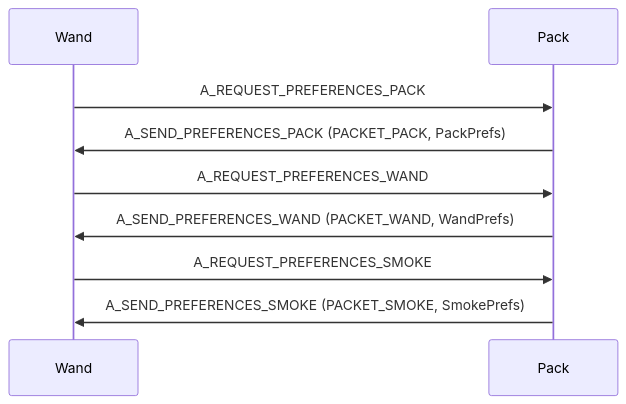
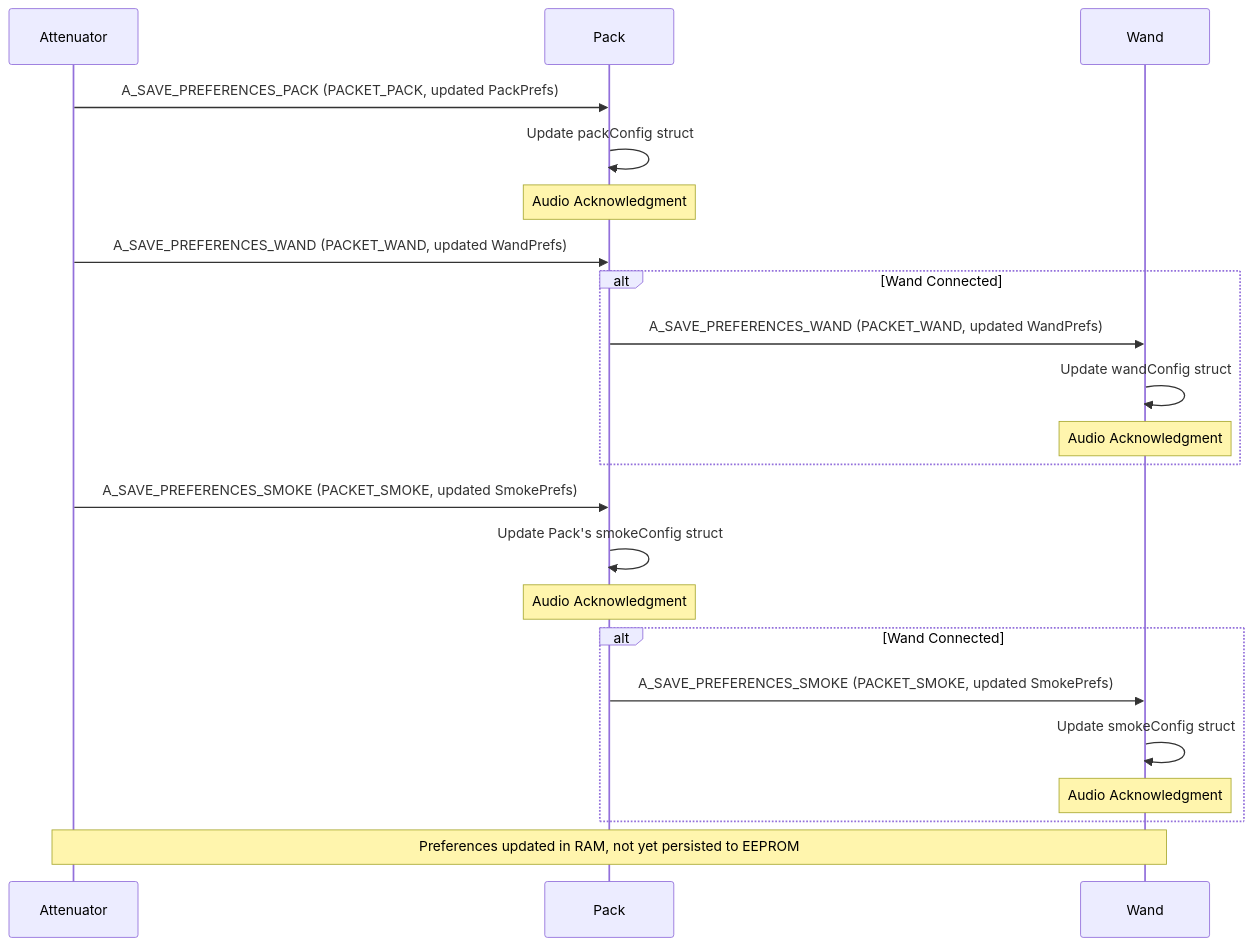
One commit to GPStarTechnologies/GPStar-Core-Source changed the fourth of 5 diagrams in source/SharedLib/Communication/API_SEQUENCES.md. Above: the diagram before and after it, drawn with Mermaid. The commit also changed other lines of this file and 30 other files, not shown here.

Commit message:
Update flows, reduce duplicated commands

````diff
--- a/source/SharedLib/Communication/API_SEQUENCES.md
+++ b/source/SharedLib/Communication/API_SEQUENCES.md
@@ -55,14 +83,28 @@
 ```mermaid
 sequenceDiagram
+		participant A as Attenuator
+		participant P as Pack
 		participant W as Wand
-		participant P as Pack
 
-		W->>P: A_REQUEST_PREFERENCES_PACK
-		P->>W: A_SEND_PREFERENCES_PACK (PACKET_PACK, PackPrefs)
+		A->>P: A_SAVE_PREFERENCES_PACK (PACKET_PACK, updated PackPrefs)
+		P->>P: Update packConfig struct
+		Note over P: Audio Acknowledgment
 
-		W->>P: A_REQUEST_PREFERENCES_WAND
-		P->>W: A_SEND_PREFERENCES_WAND (PACKET_WAND, WandPrefs)
+		A->>P: A_SAVE_PREFERENCES_WAND (PACKET_WAND, updated WandPrefs)
+		alt Wand Connected
+      P->>W: A_SAVE_PREFERENCES_WAND (PACKET_WAND, updated WandPrefs)
+      W->>W: Update wandConfig struct
+		  Note over W: Audio Acknowledgment
+    end
 
-		W->>P: A_REQUEST_PREFERENCES_SMOKE
-		P->>W: A_SEND_PREFERENCES_SMOKE (PACKET_SMOKE, SmokePrefs)
+		A->>P: A_SAVE_PREFERENCES_SMOKE (PACKET_SMOKE, updated SmokePrefs)
+    P->>P: Update Pack's smokeConfig struct
+    Note over P: Audio Acknowledgment
+		alt Wand Connected
+			P->>W: A_SAVE_PREFERENCES_SMOKE (PACKET_SMOKE, updated SmokePrefs)
+			W->>W: Update smokeConfig struct
+		  Note over W: Audio Acknowledgment
+		end
+
+		Note over A,W: Preferences updated in RAM, not yet persisted to EEPROM
 ```
````
